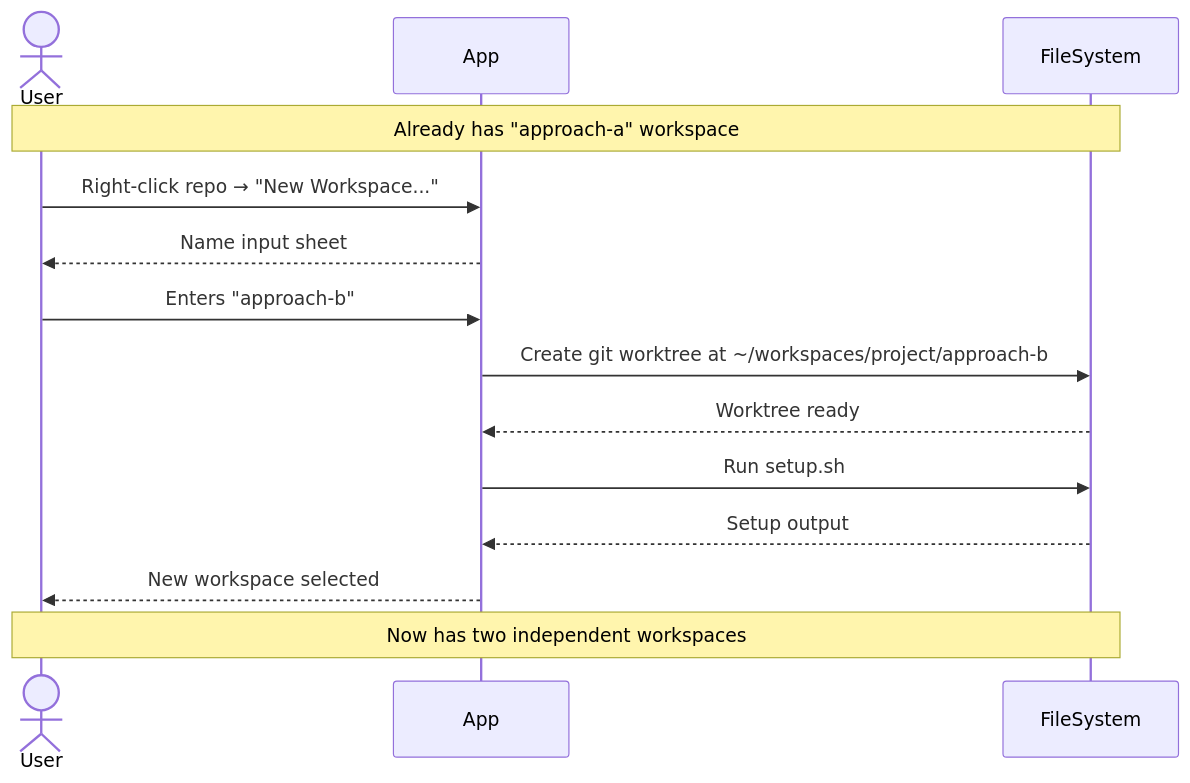
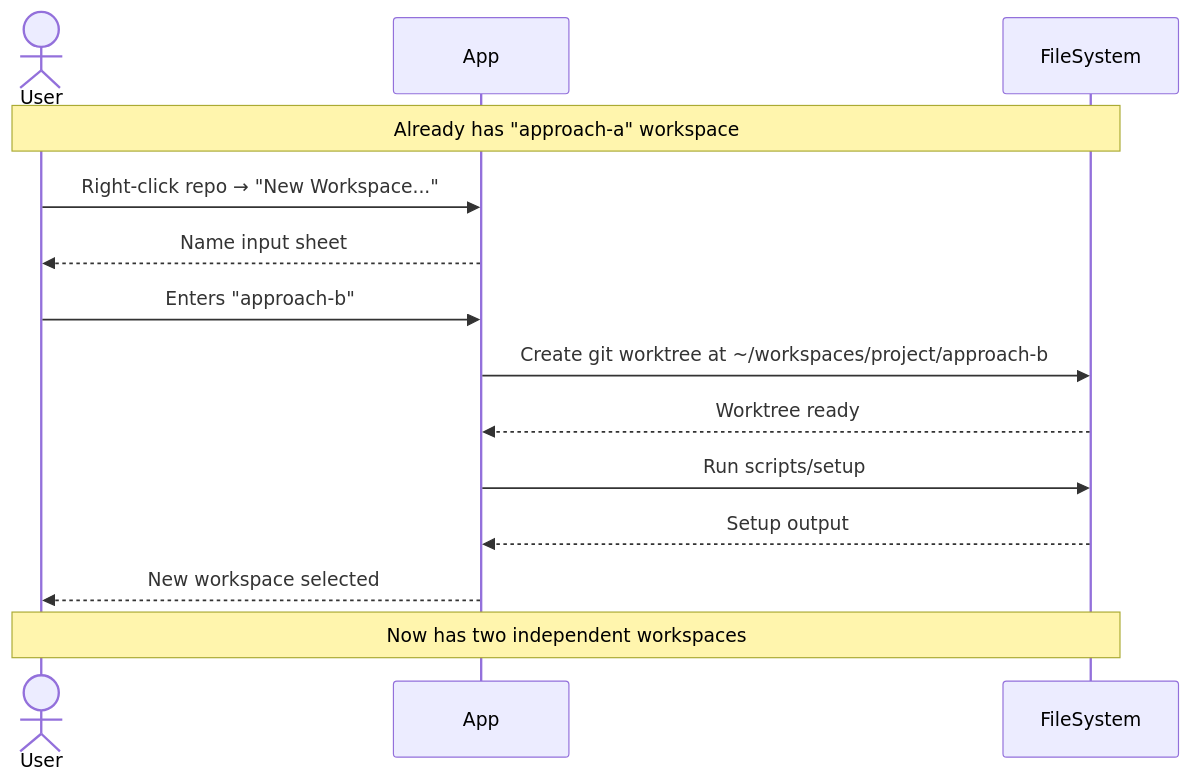
The third of 7 diagrams in docs/user-stories.md (fairchild/workspaces), drawn with Mermaid before and after one commit. The commit also changed other lines of this file and 8 other files, not shown here.

Commit message:
Run project lifecycle scripts for local workspaces

````diff
--- a/docs/user-stories.md
+++ b/docs/user-stories.md
@@ -153,18 +153,18 @@
 ```mermaid
 sequenceDiagram
     actor User
     participant App
     participant FS as FileSystem
 
     Note over User,FS: Already has "approach-a" workspace
     User->>App: Right-click repo → "New Workspace..."
     App-->>User: Name input sheet
     User->>App: Enters "approach-b"
     App->>FS: Create git worktree at ~/workspaces/project/approach-b
     FS-->>App: Worktree ready
-    App->>FS: Run setup.sh
+    App->>FS: Run scripts/setup
     FS-->>App: Setup output
     App-->>User: New workspace selected
 
     Note over User,FS: Now has two independent workspaces
 ```
````
